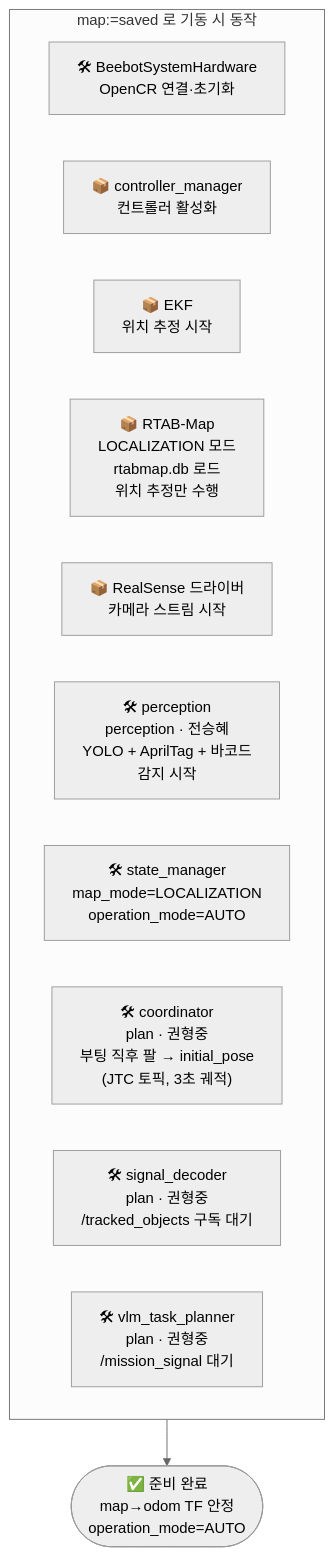
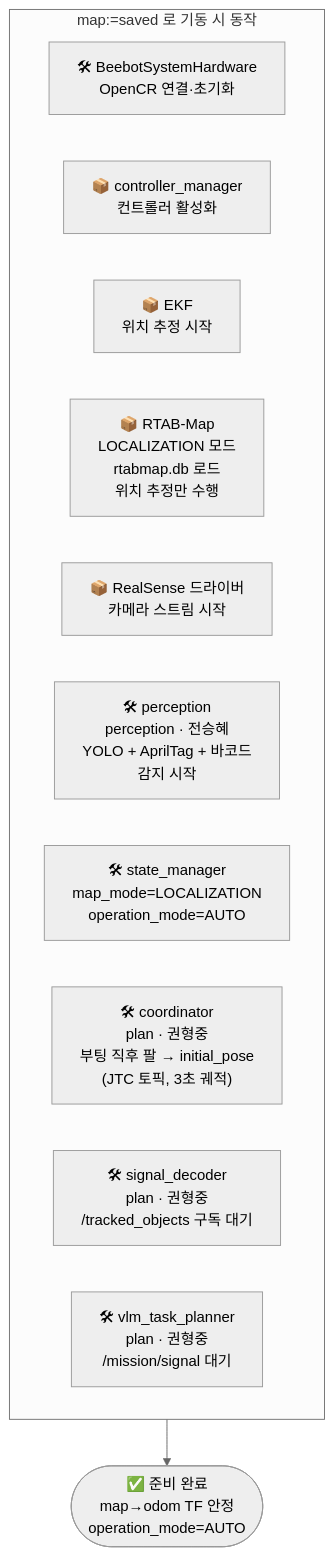
Before and after one commit to SeungHye-J/Lv2_bee_Assignment: the second of 7 diagrams in documents/mission/scenario/08-nodes-per-phase.md, drawn with Mermaid (neutral theme). The commit also changed other lines of this file and 25 other files, not shown here.

````diff
--- a/documents/mission/scenario/08-nodes-per-phase.md
+++ b/documents/mission/scenario/08-nodes-per-phase.md
@@ -103,18 +103,18 @@
 ```mermaid
 flowchart TD
     subgraph BOOT["map:=saved 로 기동 시 동작"]
         HW2["🛠 BeebotSystemHardware\nOpenCR 연결·초기화"]
         CM2["📦 controller_manager\n컨트롤러 활성화"]
         EKF2["📦 EKF\n위치 추정 시작"]
         RTAB2["📦 RTAB-Map\nLOCALIZATION 모드\nrtabmap.db 로드\n위치 추정만 수행"]
         CAM2["📦 RealSense 드라이버\n카메라 스트림 시작"]
         PER["🛠 perception\nperception · 전승혜\nYOLO + AprilTag + 바코드\n감지 시작"]
         SM2["🛠 state_manager\nmap_mode=LOCALIZATION\noperation_mode=AUTO"]
         CO["🛠 coordinator\nplan · 권형중\n부팅 직후 팔 → initial_pose\n(JTC 토픽, 3초 궤적)"]
         SD["🛠 signal_decoder\nplan · 권형중\n/tracked_objects 구독 대기"]
-        VLM["🛠 vlm_task_planner\nplan · 권형중\n/mission_signal 대기"]
+        VLM["🛠 vlm_task_planner\nplan · 권형중\n/mission/signal 대기"]
     end
 
     READY(["✅ 준비 완료\nmap→odom TF 안정\noperation_mode=AUTO"])
     BOOT --> READY
 ```
````
